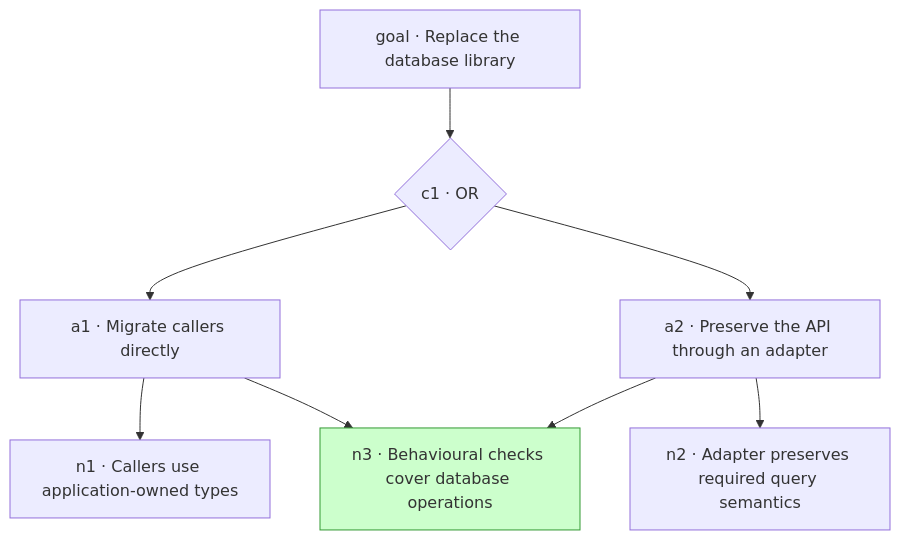
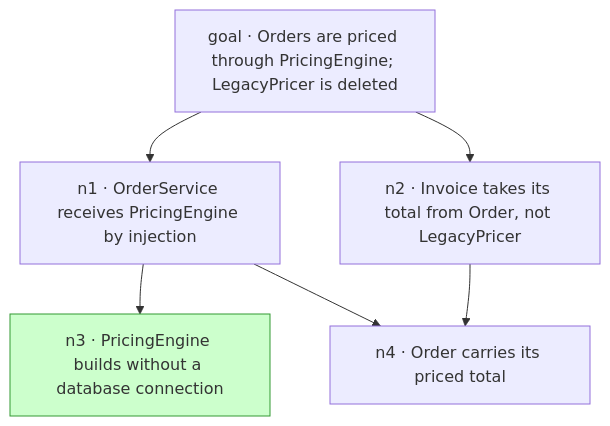
The diagram in skills/mikado/SKILL.md (channingwalton/skills), drawn with Mermaid before and after one commit. The commit also changed other lines of this file and 2 other files, not shown here.

````diff
--- a/skills/mikado/SKILL.md
+++ b/skills/mikado/SKILL.md
@@ -212,12 +135,10 @@
 ```mermaid
 graph TD
-  goal["goal · Replace the database library"]
-  goal --> c1{"c1 · OR"}
-  c1 --> a1["a1 · Migrate callers directly"]
-  c1 --> a2["a2 · Preserve the API through an adapter"]
-  a1 --> n1["n1 · Callers use application-owned types"]
-  a2 --> n2["n2 · Adapter preserves required query semantics"]
-  a1 --> n3["n3 · Behavioural checks cover database operations"]:::done
-  a2 --> n3
+  goal["goal · Orders are priced through PricingEngine; LegacyPricer is deleted"]
+  goal --> n1["n1 · OrderService receives PricingEngine by injection"]
+  goal --> n2["n2 · Invoice takes its total from Order, not LegacyPricer"]
+  n1 --> n3["n3 · PricingEngine builds without a database connection"]:::done
+  n1 --> n4["n4 · Order carries its priced total"]
+  n2 --> n4
   classDef done fill:#cfc,stroke:#393
 ```
````
